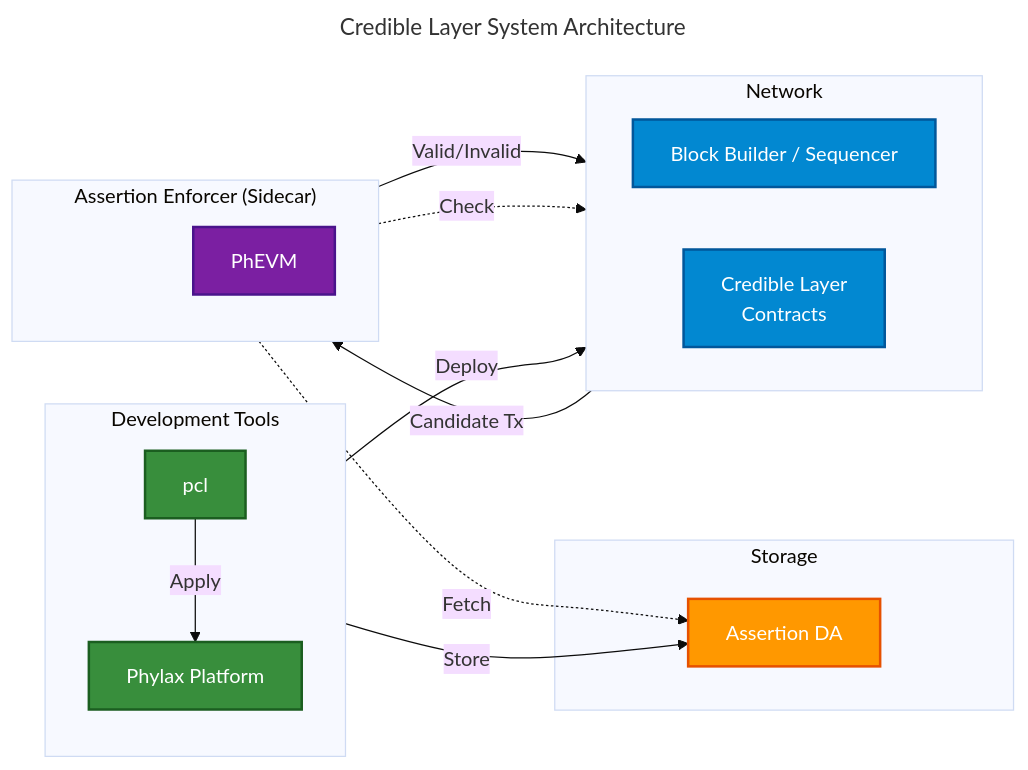
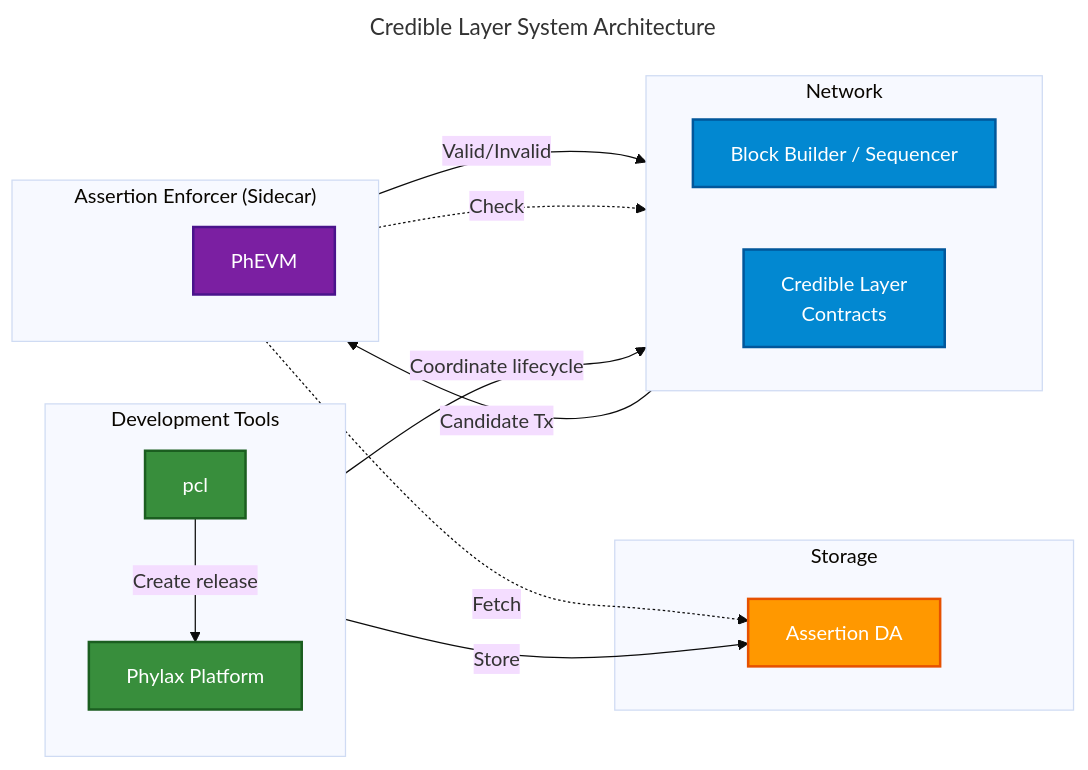
One commit to phylaxsystems/phylax-docs changed the first of 3 diagrams in credible/architecture-overview.mdx. Above: the diagram before and after it, drawn with Mermaid (base theme). The commit also changed other lines of this file and 6 other files, not shown here.

````diff
--- a/credible/architecture-overview.mdx
+++ b/credible/architecture-overview.mdx
@@ -29,48 +29,48 @@
 ```mermaid
 ---
 title: Credible Layer System Architecture
 ---
 flowchart LR
     subgraph dev["Development Tools"]
         direction TB
         CLI["pcl"]
         PLATFORM["Phylax Platform"]
     end
 
     subgraph storage["Storage"]
         DA["Assertion DA"]
     end
 
     subgraph network["Network"]
         direction LR
         VALIDATOR["Block Builder / Sequencer"]
         REGISTRY["Credible Layer<br/>Contracts"]
     end
 
     subgraph enforcer["Assertion Enforcer (Sidecar)"]
         direction TB
         SPACER_E[" "]
         PhEVM["PhEVM"]
     end
 
-    CLI -->|"Apply"| PLATFORM
+    CLI -->|"Create release"| PLATFORM
     PLATFORM -->|"Store"| DA
-    PLATFORM -->|"Deploy"| REGISTRY
+    PLATFORM -->|"Coordinate lifecycle"| REGISTRY
 
     VALIDATOR -->|"Candidate Tx"| PhEVM
     PhEVM -->|"Valid/Invalid"| VALIDATOR
     PhEVM -.->|"Fetch"| DA
     PhEVM -.->|"Check"| REGISTRY
 
     classDef dev fill:#388e3c,stroke:#1b5e20,stroke-width:2px,color:#fff
     classDef storage fill:#ff9800,stroke:#e65100,stroke-width:2px,color:#fff
     classDef network fill:#0288d1,stroke:#01579b,stroke-width:2px,color:#fff
     classDef sidecar fill:#7b1fa2,stroke:#4a148c,stroke-width:2px,color:#fff
     classDef invisible fill:none,stroke:none
 
     class CLI,PLATFORM dev
     class DA storage
     class VALIDATOR,REGISTRY network
     class PhEVM sidecar
     class SPACER_E invisible
 ```
````
